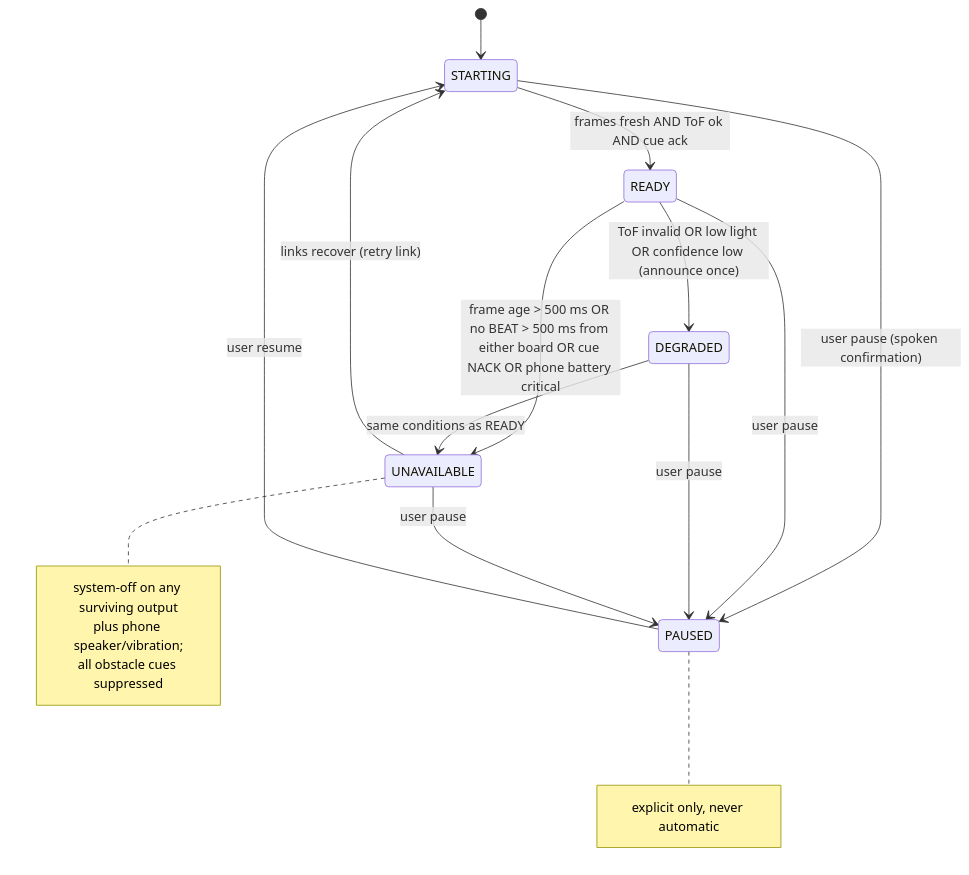
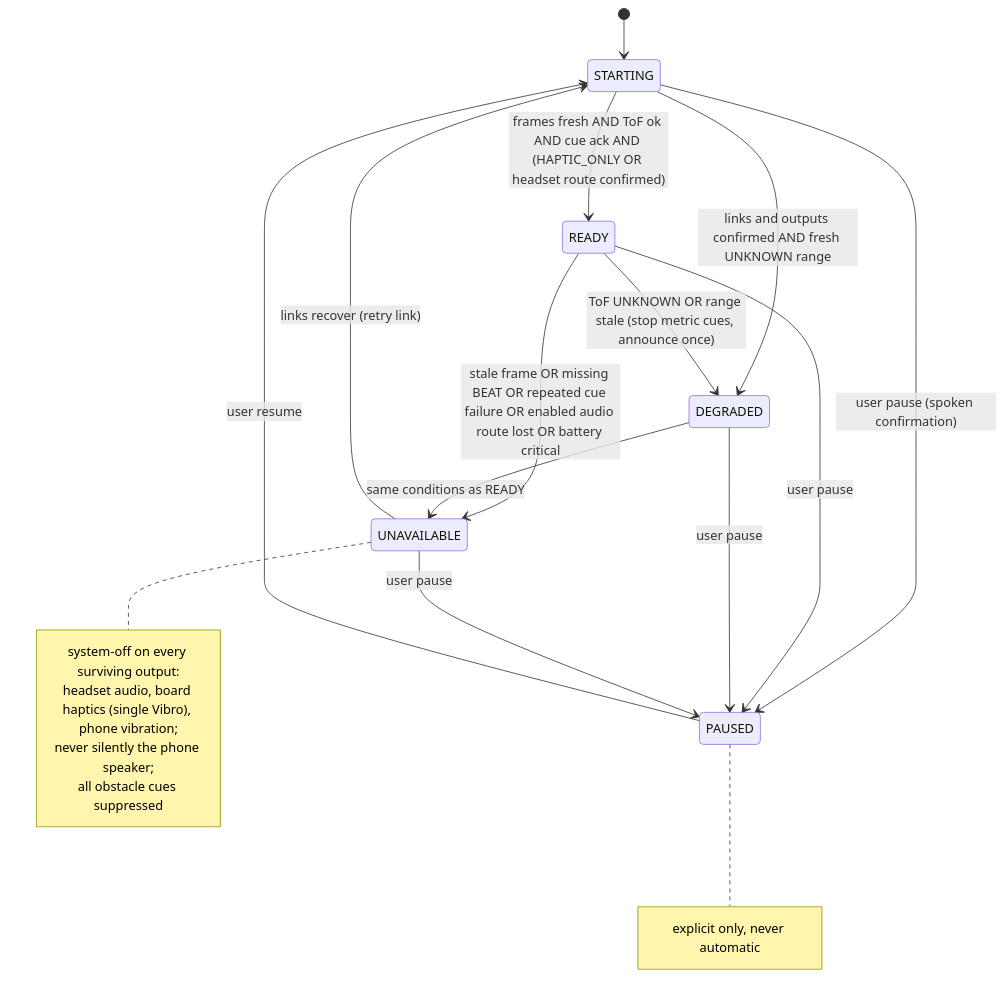
One commit to nunera/Determine changed the sixth of 9 diagrams in docs/flows/software.md. Above: the diagram before and after it, drawn with Mermaid. The commit also changed other lines of this file and 159 other files, not shown here.

````diff
--- a/docs/flows/software.md
+++ b/docs/flows/software.md
@@ -143,22 +143,24 @@
 ```mermaid
 stateDiagram-v2
   [*] --> STARTING
-  STARTING --> READY: frames fresh AND ToF ok AND cue ack
-  READY --> DEGRADED: ToF invalid OR low light OR confidence low (announce once)
-  READY --> UNAVAILABLE: frame age > 500 ms OR no BEAT > 500 ms from either board OR cue NACK OR phone battery critical
+  STARTING --> READY: frames fresh AND ToF ok AND cue ack AND (HAPTIC_ONLY OR headset route confirmed)
+  STARTING --> DEGRADED: links and outputs confirmed AND fresh UNKNOWN range
+  READY --> DEGRADED: ToF UNKNOWN OR range stale (stop metric cues, announce once)
+  READY --> UNAVAILABLE: stale frame OR missing BEAT OR repeated cue failure OR enabled audio route lost OR battery critical
   DEGRADED --> UNAVAILABLE: same conditions as READY
   STARTING --> PAUSED: user pause (spoken confirmation)
   READY --> PAUSED: user pause
   DEGRADED --> PAUSED: user pause
   UNAVAILABLE --> PAUSED: user pause
   PAUSED --> STARTING: user resume
   UNAVAILABLE --> STARTING: links recover (retry link)
   note right of UNAVAILABLE
-    system-off on any surviving output
-    plus phone speaker/vibration;
+    system-off on every surviving output:
+    headset audio, board haptics (single Vibro), phone vibration;
+    never silently the phone speaker;
     all obstacle cues suppressed
   end note
   note right of PAUSED
     explicit only, never automatic
   end note
 ```
````
